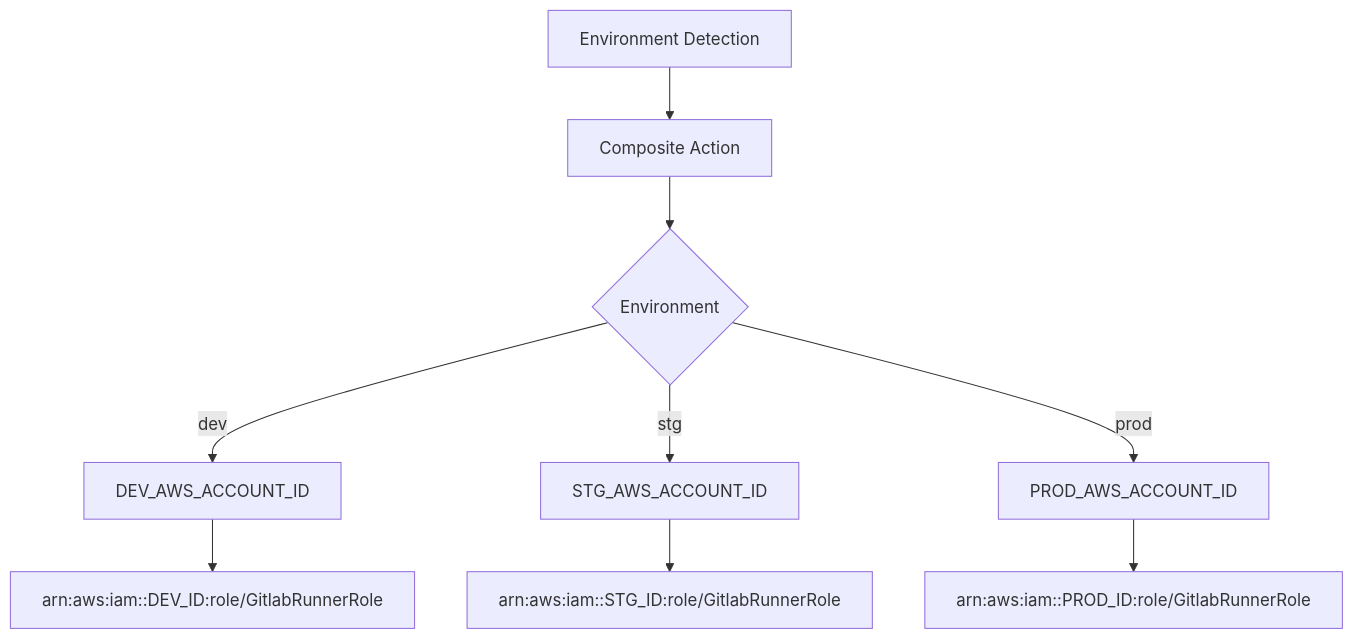
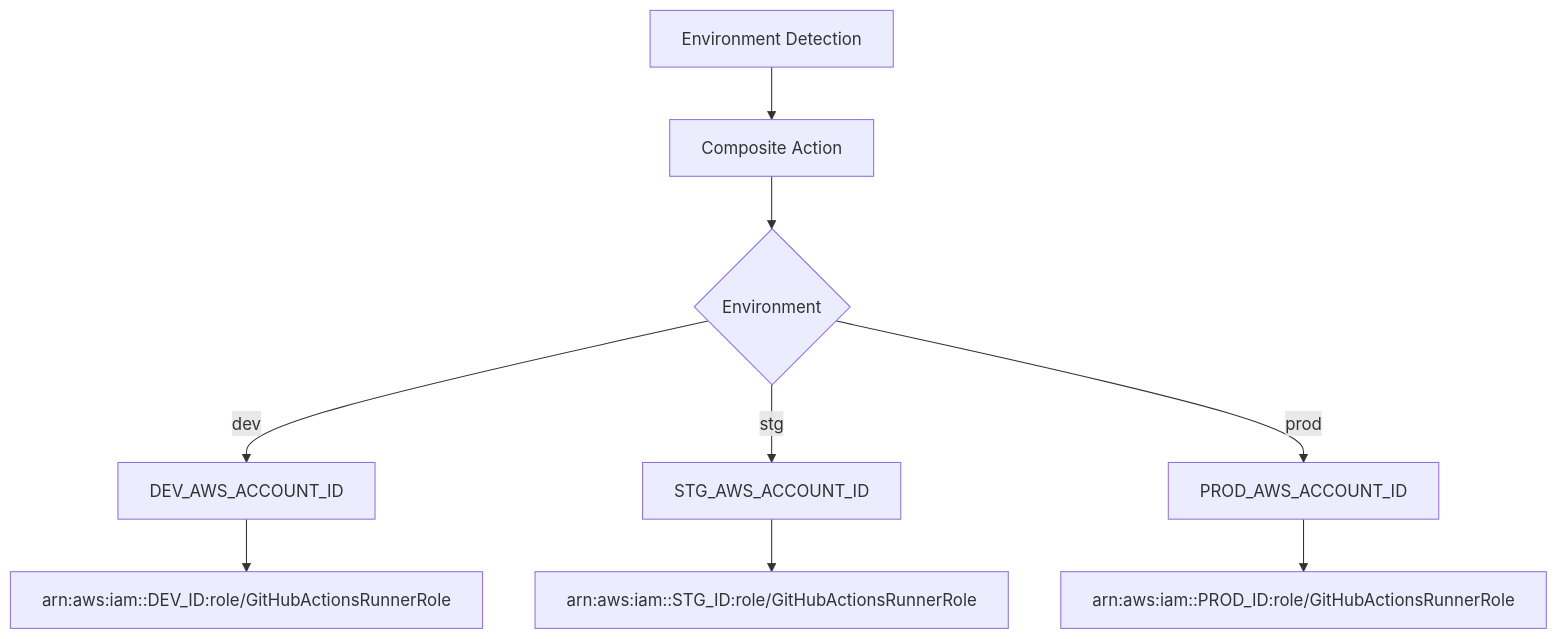
One commit to cyngularsecurity/cloudformation-aws-onboarding changed the diagram in .github/AWS_CREDENTIALS_SETUP.md. Above: the diagram before and after it, drawn with Mermaid. The commit also changed other lines of this file and 2 other files, not shown here.

Commit message:
DEVOPS-915 - update ga role name

````diff
--- a/.github/AWS_CREDENTIALS_SETUP.md
+++ b/.github/AWS_CREDENTIALS_SETUP.md
@@ -85,11 +85,11 @@
 ```mermaid
 graph TD
     A[Environment Detection] --> B[Composite Action]
     B --> C{Environment}
     C -->|dev| D[DEV_AWS_ACCOUNT_ID]
     C -->|stg| E[STG_AWS_ACCOUNT_ID] 
     C -->|prod| F[PROD_AWS_ACCOUNT_ID]
-    D --> G[arn:aws:iam::DEV_ID:role/GitlabRunnerRole]
-    E --> H[arn:aws:iam::STG_ID:role/GitlabRunnerRole]
-    F --> I[arn:aws:iam::PROD_ID:role/GitlabRunnerRole]
+    D --> G[arn:aws:iam::DEV_ID:role/GitHubActionsRunnerRole]
+    E --> H[arn:aws:iam::STG_ID:role/GitHubActionsRunnerRole]
+    F --> I[arn:aws:iam::PROD_ID:role/GitHubActionsRunnerRole]
 ```
````
